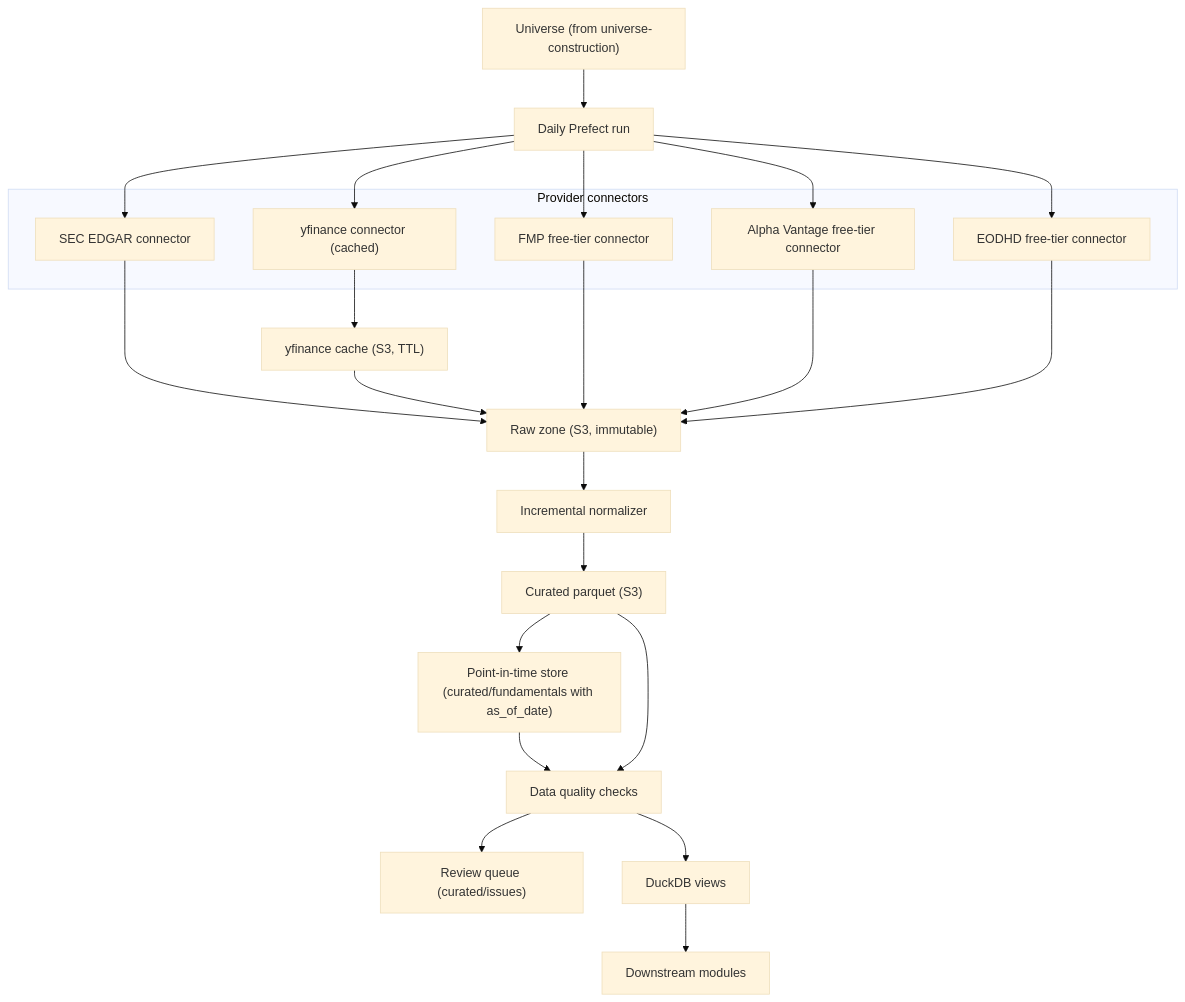
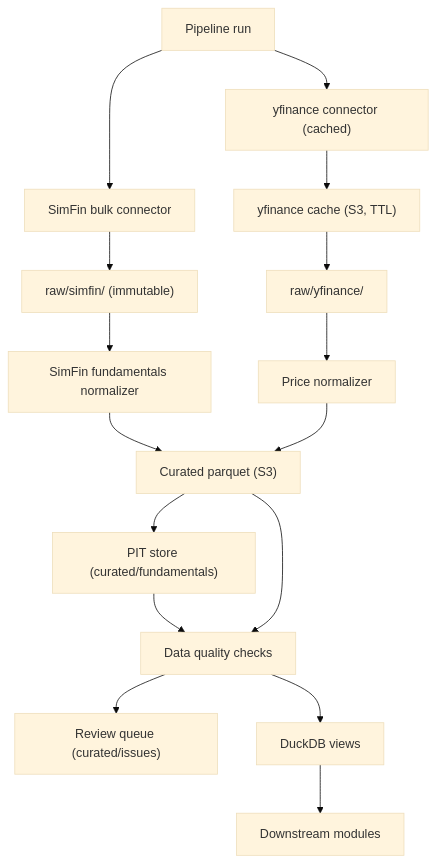
One commit to JLaborda/SmartWealthAI changed the first of 2 diagrams in docs/mvp/features/etl-data-lake.md. Above: the diagram before and after it, drawn with Mermaid (base theme). The commit also changed other lines of this file and 18 other files, not shown here.

First line of the commit message:
docs(mvp): unify SimFin demo slice across specs and ADRs

````diff
--- a/docs/mvp/features/etl-data-lake.md
+++ b/docs/mvp/features/etl-data-lake.md
@@ -58,36 +72,21 @@
 ```mermaid
 flowchart TD
-    Universe["Universe (from universe-construction)"] --> Scheduler["Daily Prefect run"]
+    Scheduler["Pipeline run"] --> SimFinConn["SimFin bulk connector"]
+    Scheduler --> YFConn["yfinance connector (cached)"]
 
-    subgraph Connectors["Provider connectors"]
-        SECConn["SEC EDGAR connector"]
-        YFConn["yfinance connector (cached)"]
-        FMPConn["FMP free-tier connector"]
-        AVConn["Alpha Vantage free-tier connector"]
-        EODConn["EODHD free-tier connector"]
-    end
+    SimFinConn --> RawSF["raw/simfin/ (immutable)"]
+    RawSF --> SFNorm["SimFin fundamentals normalizer"]
+    YFConn --> Cache["yfinance cache (S3, TTL)"]
+    Cache --> RawYF["raw/yfinance/"]
+    RawYF --> PriceNorm["Price normalizer"]
 
-    Scheduler --> SECConn
-    Scheduler --> YFConn
-    Scheduler --> FMPConn
-    Scheduler --> AVConn
-    Scheduler --> EODConn
-
-    SECConn --> Raw["Raw zone (S3, immutable)"]
-    YFConn --> Cache["yfinance cache (S3, TTL)"]
-    Cache --> Raw
-    FMPConn --> Raw
-    AVConn --> Raw
-    EODConn --> Raw
-
-    Raw --> Normalizer["Incremental normalizer"]
-    Normalizer --> Curated["Curated parquet (S3)"]
-    Curated --> PITStore["Point-in-time store (curated/fundamentals with as_of_date)"]
+    SFNorm --> Curated["Curated parquet (S3)"]
+    PriceNorm --> Curated
+    Curated --> PITStore["PIT store (curated/fundamentals)"]
     PITStore --> QC["Data quality checks"]
     Curated --> QC
 
     QC --> ReviewQueue["Review queue (curated/issues)"]
     QC --> DuckDB["DuckDB views"]
-
     DuckDB --> Downstream["Downstream modules"]
 ```
````
